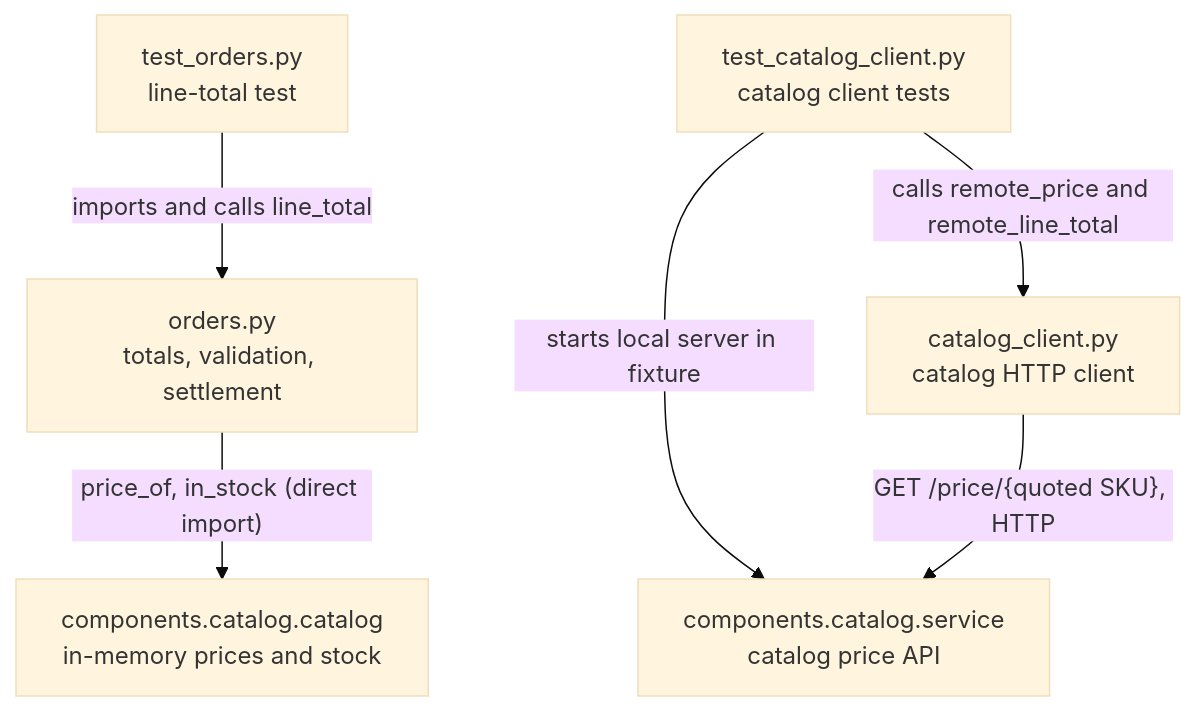
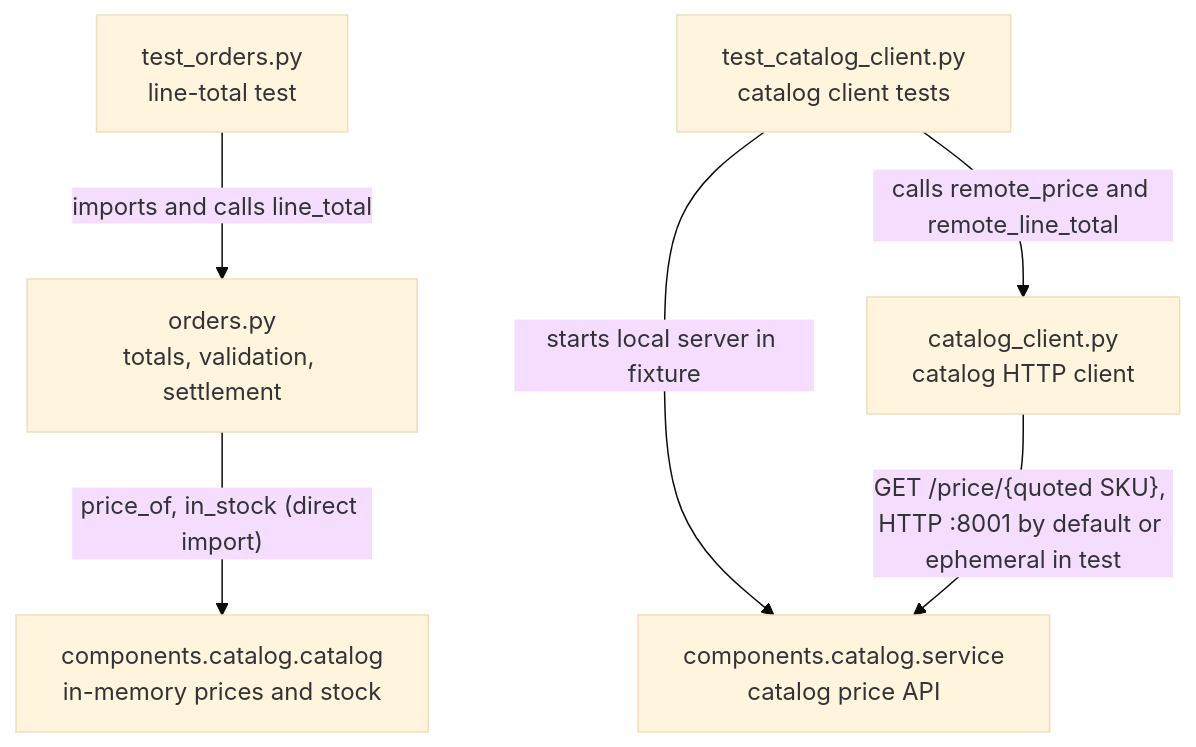
The diagram in codebase-analysis/lld/orders/README.md (vishalc412/bible-mode-b-test), drawn with Mermaid (base theme) before and after one commit. The commit also changed other lines of this file and 27 other files, not shown here.

````diff
--- a/codebase-analysis/lld/orders/README.md
+++ b/codebase-analysis/lld/orders/README.md
@@ -29,14 +29,14 @@
 ```mermaid
 flowchart TB
   test_orders["test_orders.py<br/>line-total test"]
   orders_py["orders.py<br/>totals, validation, settlement"]
   catalog_data["components.catalog.catalog<br/>in-memory prices and stock"]
   test_client["test_catalog_client.py<br/>catalog client tests"]
   catalog_client["catalog_client.py<br/>catalog HTTP client"]
   catalog_service["components.catalog.service<br/>catalog price API"]
   test_orders -->|"imports and calls line_total"| orders_py
   orders_py -->|"price_of, in_stock (direct import)"| catalog_data
   test_client -->|"calls remote_price and remote_line_total"| catalog_client
   test_client -->|"starts local server in fixture"| catalog_service
-  catalog_client -->|"GET /price/{quoted SKU}, HTTP"| catalog_service
+  catalog_client -->|"GET /price/{quoted SKU}, HTTP :8001 by default or ephemeral in test"| catalog_service
 ```
````
